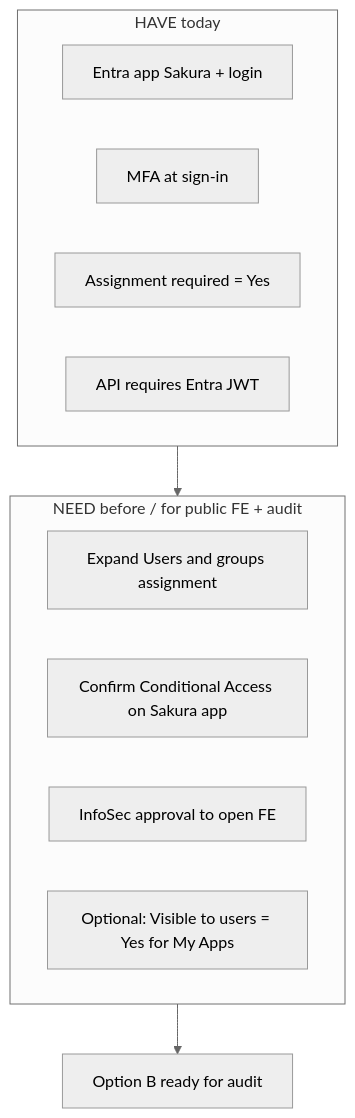
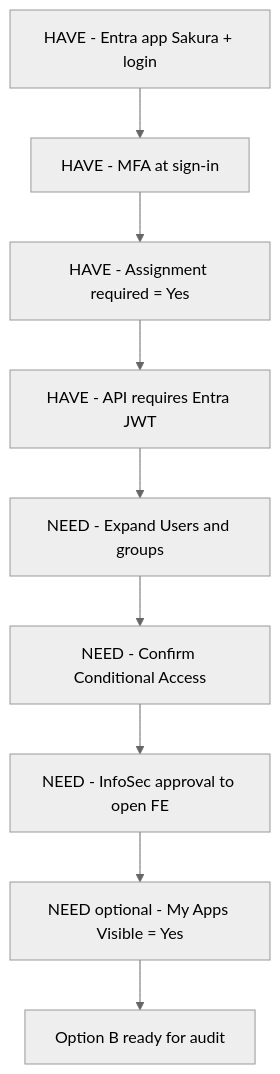
Before and after one commit to shashankdkte/dev-drop: the third of 8 diagrams in sakura-v2/public/fe1.md, drawn with Mermaid (neutral theme). The commit also changed other lines of this file, not shown here.

````diff
--- a/sakura-v2/public/fe1.md
+++ b/sakura-v2/public/fe1.md
@@ -68,17 +67,12 @@
 ```mermaid
 flowchart TB
-  subgraph have [HAVE today]
-    E[Entra app Sakura + login]
-    M[MFA at sign-in]
-    A1[Assignment required = Yes]
-    J[API requires Entra JWT]
-  end
-  subgraph need [NEED before / for public FE + audit]
-    G[Expand Users and groups assignment]
-    CA[Confirm Conditional Access on Sakura app]
-    IS[InfoSec approval to open FE]
-    MY[Optional: Visible to users = Yes for My Apps]
-  end
-  have --> need
-  need --> Bdone[Option B ready for audit]
+  H1[HAVE - Entra app Sakura + login]
+  H1 --> H2[HAVE - MFA at sign-in]
+  H2 --> H3[HAVE - Assignment required = Yes]
+  H3 --> H4[HAVE - API requires Entra JWT]
+  H4 --> N1[NEED - Expand Users and groups]
+  N1 --> N2[NEED - Confirm Conditional Access]
+  N2 --> N3[NEED - InfoSec approval to open FE]
+  N3 --> N4[NEED optional - My Apps Visible = Yes]
+  N4 --> Done[Option B ready for audit]
 ```
````
